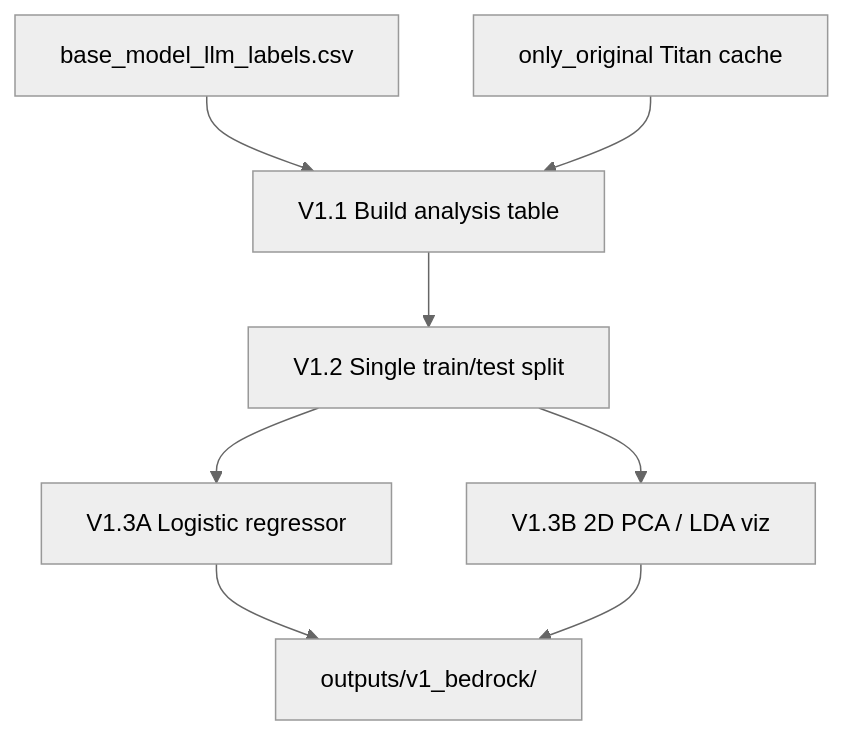
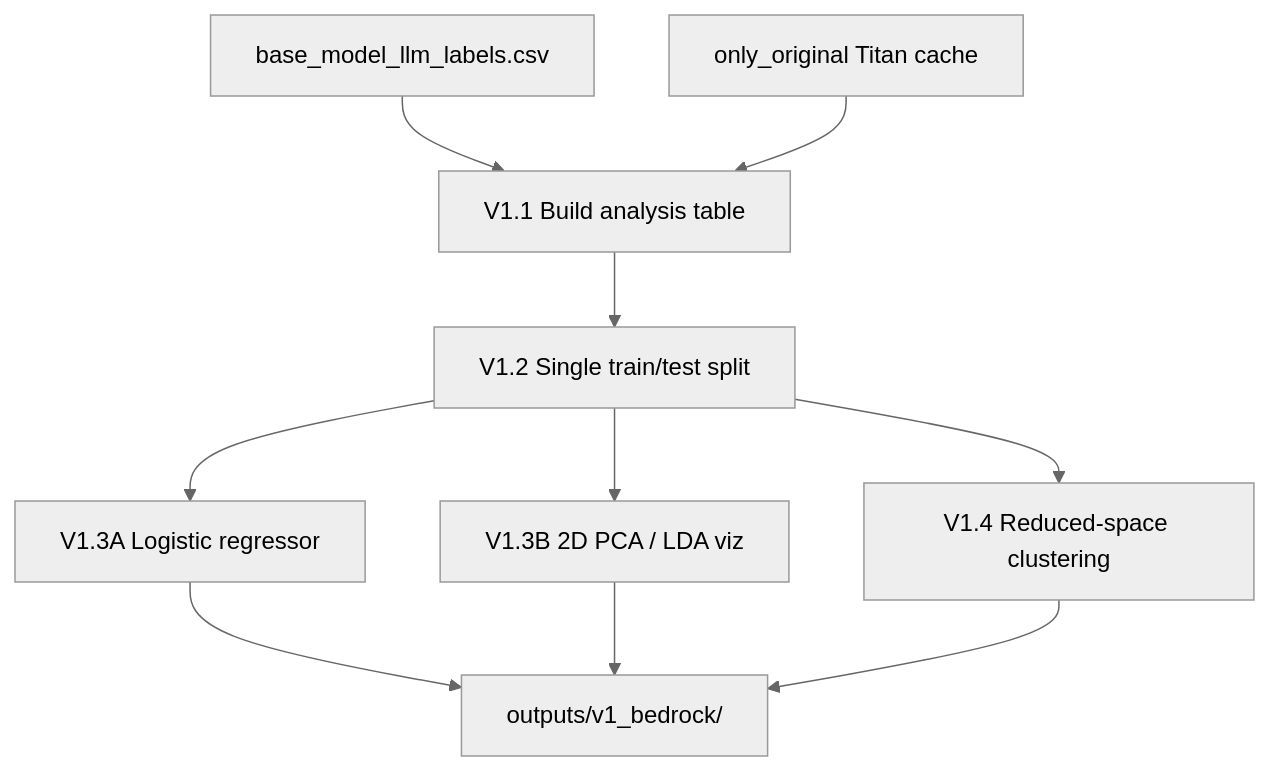
Before and after one commit to METResearchGroup/mirrorView-task: the diagram in experiments/model_errors_analysis_2026_07_15/spec.md, drawn with Mermaid (neutral theme). The commit also changed other lines of this file and 13 other files, not shown here.

First line of the commit message:
Add V1.4 reduced-space clustering of Qwen errors in Titan PCA space.

````diff
--- a/experiments/model_errors_analysis_2026_07_15/spec.md
+++ b/experiments/model_errors_analysis_2026_07_15/spec.md
@@ -268,10 +269,12 @@
 ```mermaid
 flowchart TD
   L[base_model_llm_labels.csv] --> T[V1.1 Build analysis table]
   E[only_original Titan cache] --> T
   T --> S[V1.2 Single train/test split]
   S --> A[V1.3A Logistic regressor]
   S --> B[V1.3B 2D PCA / LDA viz]
+  S --> C[V1.4 Reduced-space clustering]
   A --> O[outputs/v1_bedrock/]
   B --> O
+  C --> O
 ```
````
